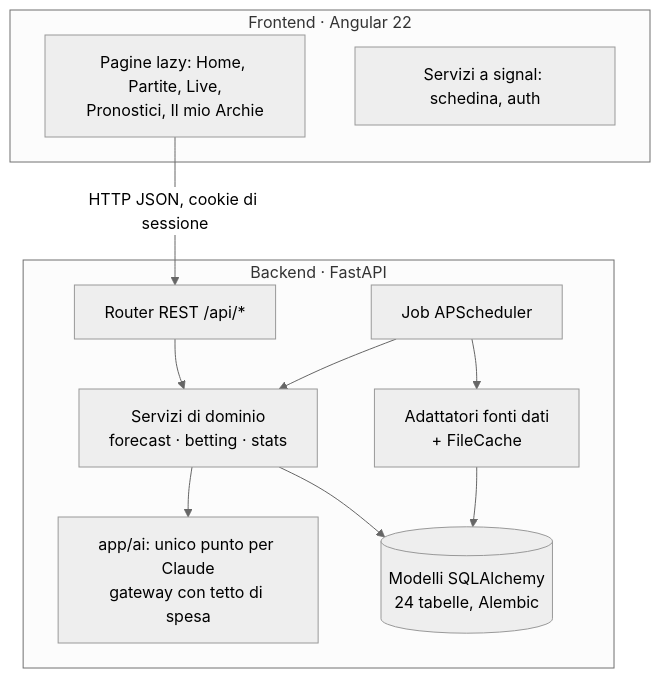
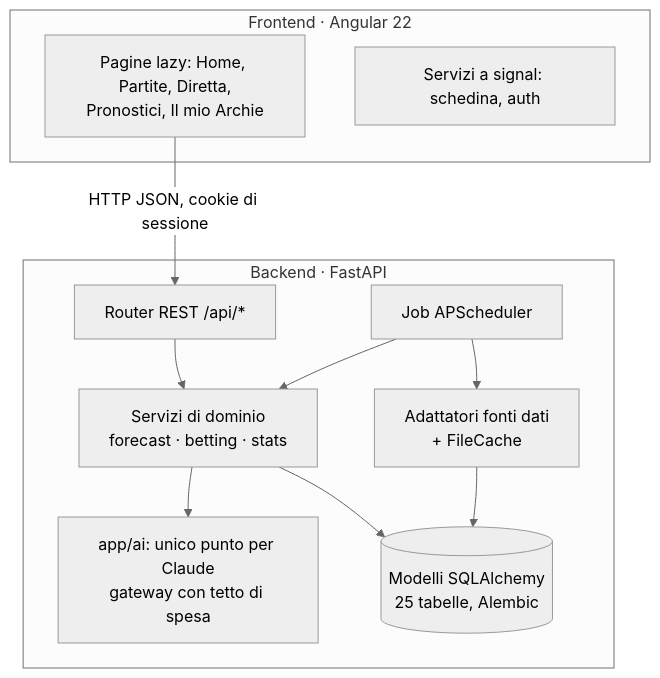
Before and after one commit to giuseppecorso/archiebet: the diagram in docs/DOCUMENTO-TECNICO.md, drawn with Mermaid (neutral theme). The commit also changed other lines of this file and 37 other files, not shown here.

First line of the commit message:
Diretta: live scores with full match commentary (scorers, assists, cards, subs, VAR) replace live betting (D133)

````diff
--- a/docs/DOCUMENTO-TECNICO.md
+++ b/docs/DOCUMENTO-TECNICO.md
@@ -27,20 +27,20 @@
 ```mermaid
 flowchart TB
   subgraph FE["Frontend · Angular 22"]
-    P[Pagine lazy: Home, Partite, Live,<br/>Pronostici, Il mio Archie]
+    P[Pagine lazy: Home, Partite, Diretta,<br/>Pronostici, Il mio Archie]
     S[Servizi a signal: schedina, auth]
   end
   subgraph BE["Backend · FastAPI"]
     R[Router REST /api/*]
     SV[Servizi di dominio<br/>forecast · betting · stats]
     AD[Adattatori fonti dati<br/>+ FileCache]
     J[Job APScheduler]
     AI[app/ai: unico punto per Claude<br/>gateway con tetto di spesa]
-    M[(Modelli SQLAlchemy<br/>24 tabelle, Alembic)]
+    M[(Modelli SQLAlchemy<br/>25 tabelle, Alembic)]
   end
   P -- HTTP JSON, cookie di sessione --> R
   R --> SV --> M
   J --> AD --> M
   J --> SV
   SV --> AI
 ```
````
